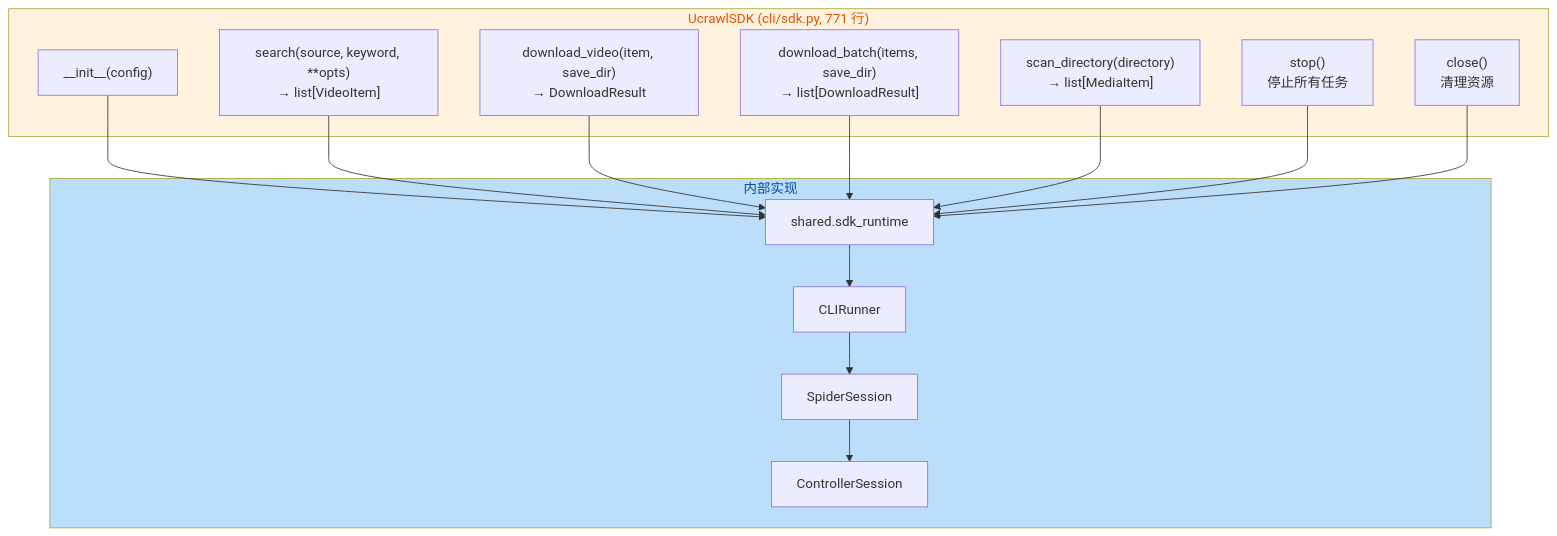
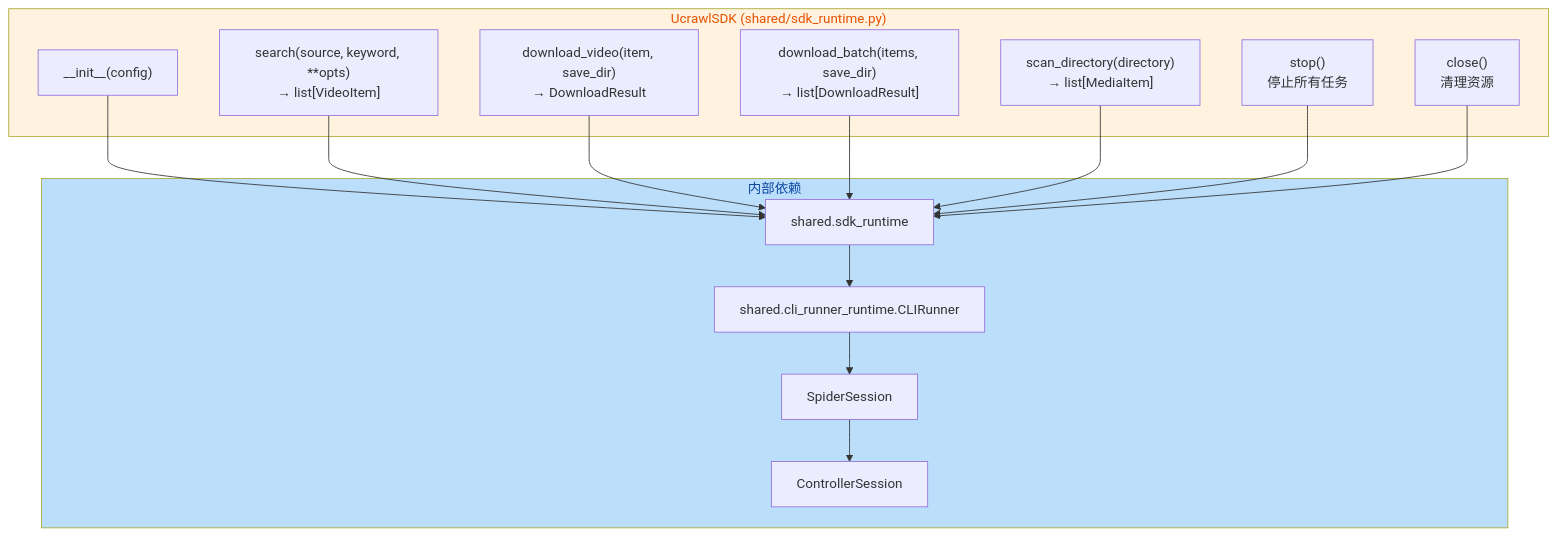
Before and after one commit to haohaizi554/UniversalCrawler: the fourth of 5 diagrams in mermaid/07-cli-sdk-runtime.md, drawn with Mermaid. The commit also changed other lines of this file and 18 other files, not shown here.

````diff
--- a/mermaid/07-cli-sdk-runtime.md
+++ b/mermaid/07-cli-sdk-runtime.md
@@ -162,34 +164,34 @@
 ```mermaid
 flowchart TB
-    subgraph SDK["UcrawlSDK (cli/sdk.py, 771 行)"]
+    subgraph SDK["UcrawlSDK (shared/sdk_runtime.py)"]
         Init["__init__(config)"]
         Search["search(source, keyword, **opts)<br/>→ list[VideoItem]"]
         Download["download_video(item, save_dir)<br/>→ DownloadResult"]
         DownloadBatch["download_batch(items, save_dir)<br/>→ list[DownloadResult]"]
         Scan["scan_directory(directory)<br/>→ list[MediaItem]"]
         Stop["stop()<br/>停止所有任务"]
         Close["close()<br/>清理资源"]
     end
 
-    subgraph Internal["内部实现"]
+    subgraph Internal["内部依赖"]
         SDKRt["shared.sdk_runtime"]
-        Runner["CLIRunner"]
+        Runner["shared.cli_runner_runtime.CLIRunner"]
         SpiderSession["SpiderSession"]
         Controller["ControllerSession"]
     end
 
     Init --> SDKRt
     Search --> SDKRt
     Download --> SDKRt
     DownloadBatch --> SDKRt
     Scan --> SDKRt
     Stop --> SDKRt
     Close --> SDKRt
 
     SDKRt --> Runner
     Runner --> SpiderSession
     SpiderSession --> Controller
 
     style SDK fill:#fff3e0,color:#e65100
     style Internal fill:#bbdefb,color:#0d47a1
 ```
````
